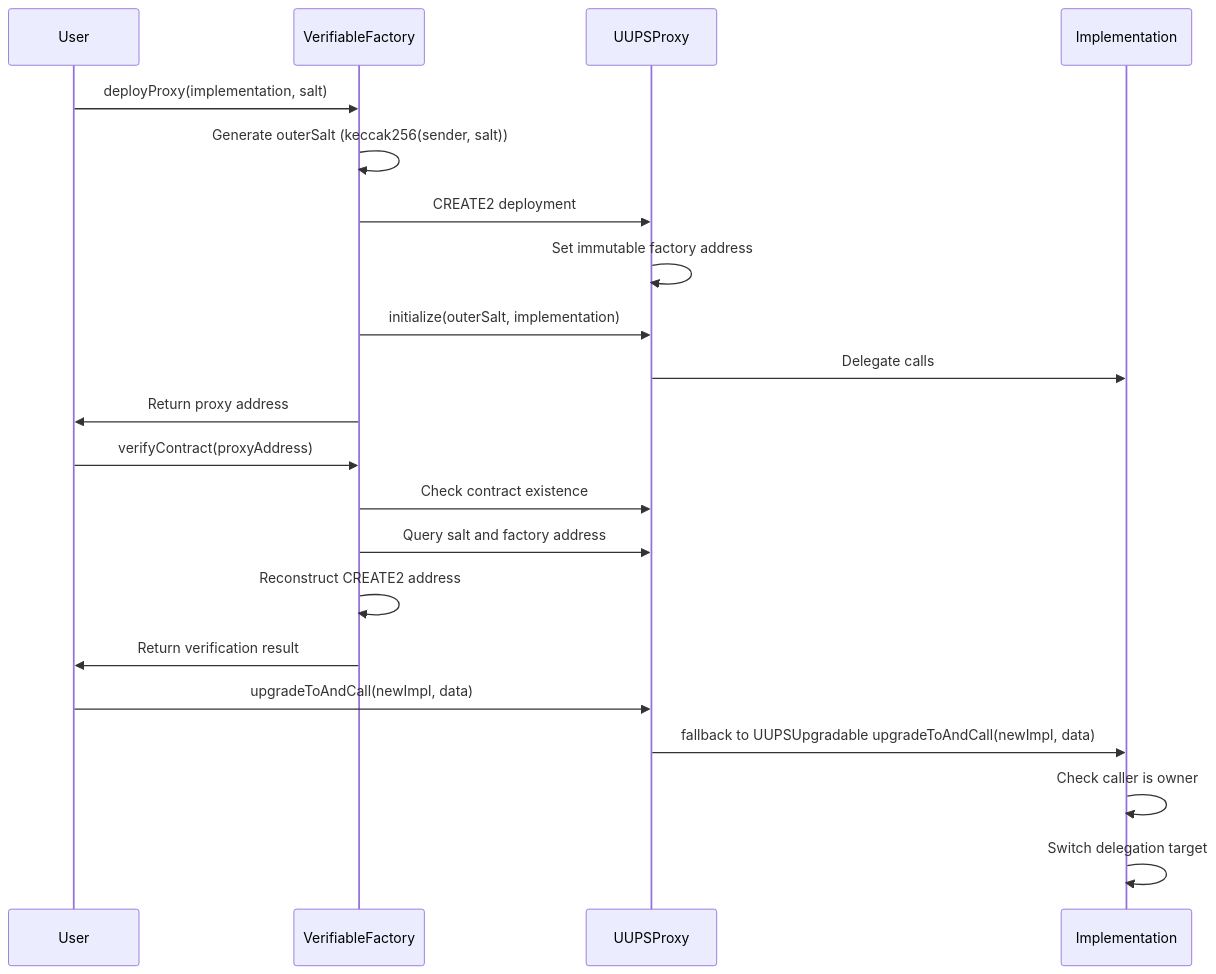
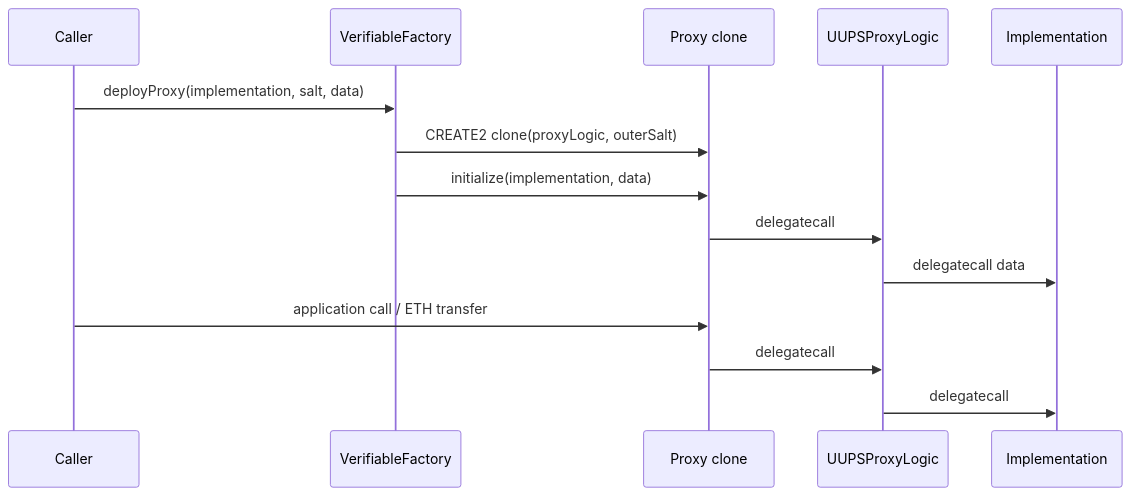
One commit to ensdomains/verifiable-factory changed the diagram in README.md. Above: the diagram before and after it, drawn with Mermaid. The commit also changed other lines of this file and 5 other files, not shown here.

Commit message:
feat: 1167-style clone proxy (#11)

````diff
--- a/README.md
+++ b/README.md
@@ -23,29 +7,17 @@
 ```mermaid
 sequenceDiagram
-    participant User
-    participant VerifiableFactory
-    participant UUPSProxy
-    participant Implementation
+    participant Caller
+    participant Factory as VerifiableFactory
+    participant Clone as Proxy clone
+    participant Logic as UUPSProxyLogic
+    participant Impl as Implementation
 
-    %% Deployment Flow
-    User->>VerifiableFactory: deployProxy(implementation, salt)
-    VerifiableFactory->>VerifiableFactory: Generate outerSalt (keccak256(sender, salt))
-    VerifiableFactory->>UUPSProxy: CREATE2 deployment
-    UUPSProxy->>UUPSProxy: Set immutable factory address
-    VerifiableFactory->>UUPSProxy: initialize(outerSalt, implementation)
-    UUPSProxy->>Implementation: Delegate calls
-    VerifiableFactory->>User: Return proxy address
-
-    %% Verification Flow
-    User->>VerifiableFactory: verifyContract(proxyAddress)
-    VerifiableFactory->>UUPSProxy: Check contract existence
-    VerifiableFactory->>UUPSProxy: Query salt and factory address
-    VerifiableFactory->>VerifiableFactory: Reconstruct CREATE2 address
-    VerifiableFactory->>User: Return verification result
-
-    %% Upgrade Flow
-    User->>UUPSProxy: upgradeToAndCall(newImpl, data)
-    UUPSProxy->>Implementation: fallback to UUPSUpgradable upgradeToAndCall(newImpl, data)
-    Implementation->>Implementation: Check caller is owner
-    Implementation->>Implementation: Switch delegation target
+    Caller->>Factory: deployProxy(implementation, salt, data)
+    Factory->>Clone: CREATE2 clone(proxyLogic, outerSalt)
+    Factory->>Clone: initialize(implementation, data)
+    Clone->>Logic: delegatecall
+    Logic->>Impl: delegatecall data
+    Caller->>Clone: application call / ETH transfer
+    Clone->>Logic: delegatecall
+    Logic->>Impl: delegatecall
 ```
````
